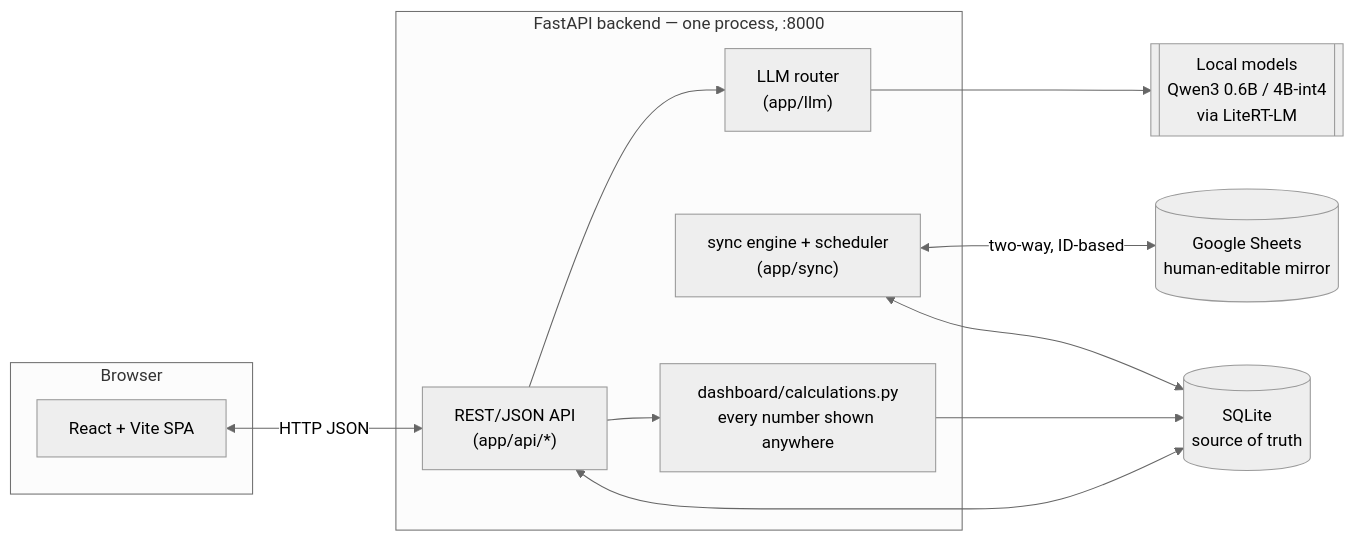
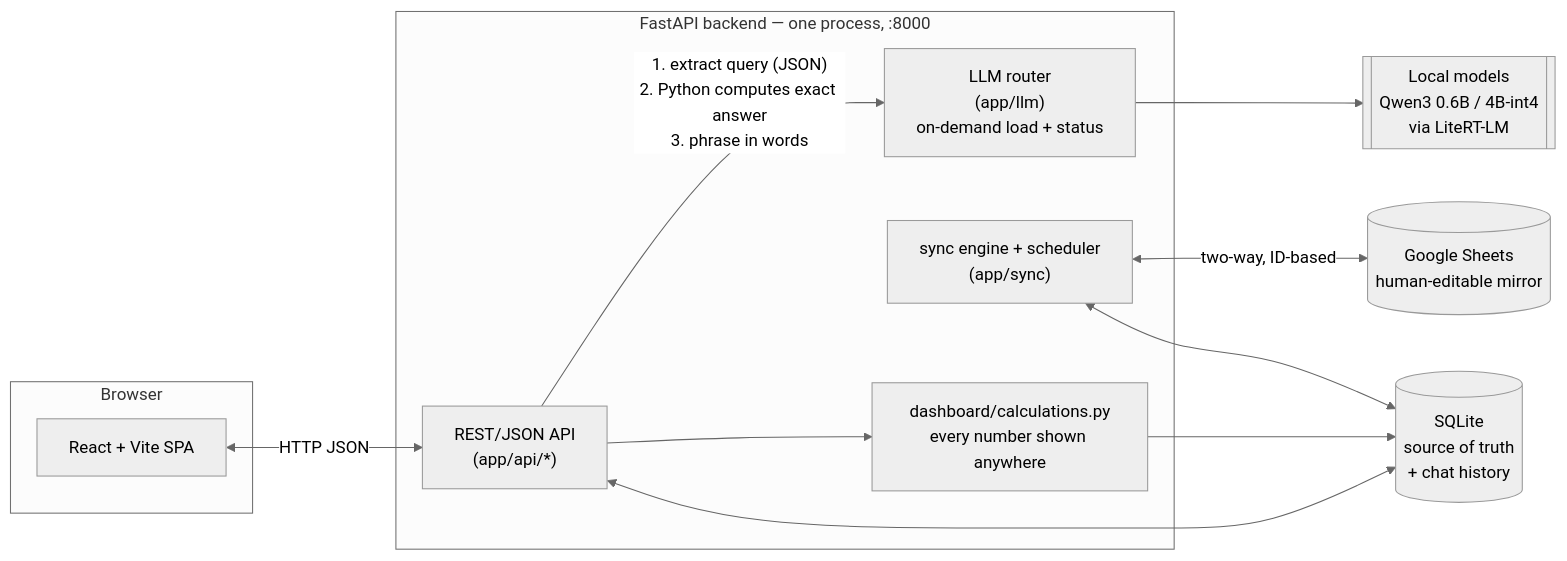
One commit to Sagnik-Das-03/BUDGET_APP changed the first of 2 diagrams in README.md. Above: the diagram before and after it, drawn with Mermaid (neutral theme). The commit also changed other lines of this file, not shown here.

````diff
--- a/README.md
+++ b/README.md
@@ -23,26 +23,26 @@
 ```mermaid
 flowchart LR
     subgraph Browser
         FE["React + Vite SPA"]
     end
 
     subgraph Backend["FastAPI backend — one process, :8000"]
         API["REST/JSON API<br/>(app/api/*)"]
         CALC["dashboard/calculations.py<br/>every number shown anywhere"]
-        LLMR["LLM router<br/>(app/llm)"]
+        LLMR["LLM router<br/>(app/llm)<br/>on-demand load + status"]
         SYNC["sync engine + scheduler<br/>(app/sync)"]
     end
 
-    DB[("SQLite<br/>source of truth")]
+    DB[("SQLite<br/>source of truth<br/>+ chat history")]
     SHEETS[("Google Sheets<br/>human-editable mirror")]
     MODELS[["Local models<br/>Qwen3 0.6B / 4B-int4<br/>via LiteRT-LM"]]
 
     FE <-->|HTTP JSON| API
     API --> CALC
-    API --> LLMR
+    API -->|"1. extract query (JSON)<br/>2. Python computes exact answer<br/>3. phrase in words"| LLMR
     API <--> DB
     CALC --> DB
     LLMR --> MODELS
     SYNC <-->|two-way, ID-based| SHEETS
     SYNC <--> DB
 ```
````
